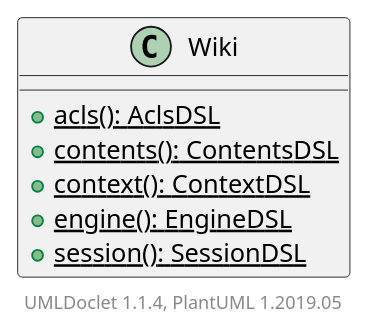
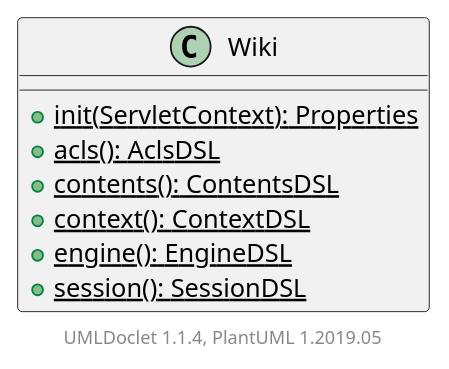
Before and after one commit to apache/jspwiki-site: the diagram in apidocs/2.11.0.M7-SNAPSHOT/org/apache/wiki/api/spi/Wiki.puml, drawn with PlantUML. The commit also changed 1241 other files, not shown here.

```diff
--- a/apidocs/2.11.0.M7-SNAPSHOT/org/apache/wiki/api/spi/Wiki.puml
+++ b/apidocs/2.11.0.M7-SNAPSHOT/org/apache/wiki/api/spi/Wiki.puml
@@ -1,13 +1,14 @@
 @startuml
 
     class Wiki [[Wiki.html]] {
+        {static} +init(ServletContext): Properties
         {static} +acls(): AclsDSL
         {static} +contents(): ContentsDSL
         {static} +context(): ContextDSL
         {static} +engine(): EngineDSL
         {static} +session(): SessionDSL
     }
 
 
     center footer UMLDoclet 1.1.4, PlantUML 1.2019.05
 @enduml
```
